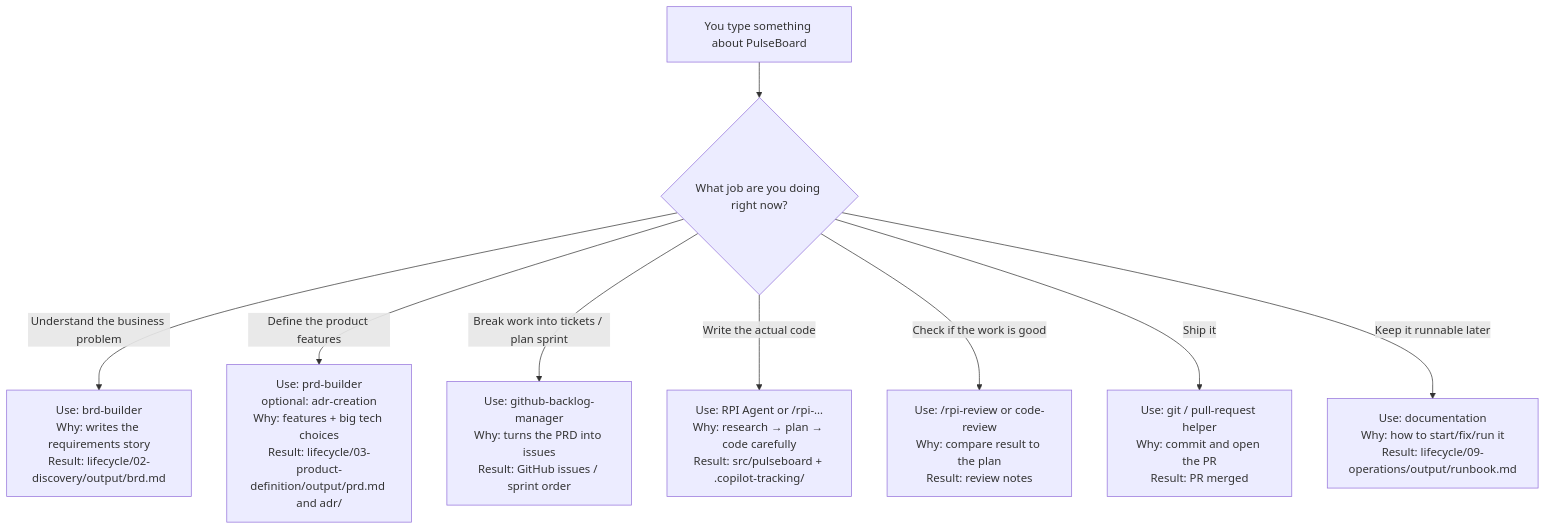
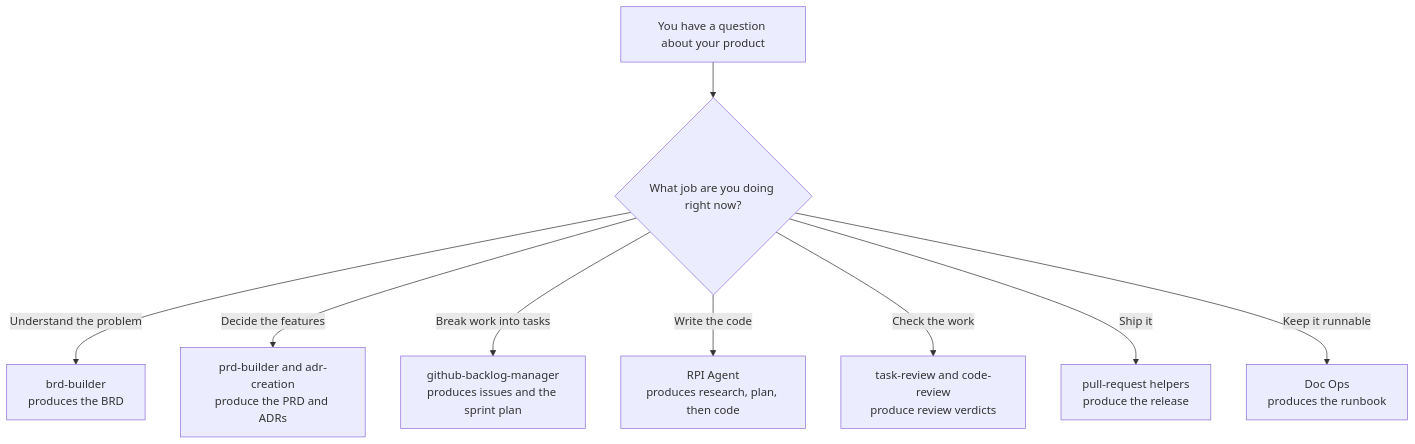
Before and after one commit to AbhranilGit/HVE-Core-Course: the diagram in docs/guides/README.md, drawn with Mermaid. The commit also changed other lines of this file and 160 other files, not shown here.

````diff
--- a/docs/guides/README.md
+++ b/docs/guides/README.md
@@ -198,18 +71,11 @@
 ```mermaid
 flowchart TB
-    Q["You type something about PulseBoard"] --> ST{"What job are you doing right now?"}
-
-    ST -->|Understand the business problem| F2["Use: brd-builder<br/>Why: writes the requirements story<br/>Result: lifecycle/02-discovery/output/brd.md"]
-
-    ST -->|Define the product features| F3["Use: prd-builder<br/>optional: adr-creation<br/>Why: features + big tech choices<br/>Result: lifecycle/03-product-definition/output/prd.md and adr/"]
-
-    ST -->|Break work into tickets / plan sprint| F45["Use: github-backlog-manager<br/>Why: turns the PRD into issues<br/>Result: GitHub issues / sprint order"]
-
-    ST -->|Write the actual code| F6["Use: RPI Agent or /rpi-…<br/>Why: research → plan → code carefully<br/>Result: src/pulseboard + .copilot-tracking/"]
-
-    ST -->|Check if the work is good| F7["Use: /rpi-review or code-review<br/>Why: compare result to the plan<br/>Result: review notes"]
-
-    ST -->|Ship it| F8["Use: git / pull-request helper<br/>Why: commit and open the PR<br/>Result: PR merged"]
-
-    ST -->|Keep it runnable later| F9["Use: documentation<br/>Why: how to start/fix/run it<br/>Result: lifecycle/09-operations/output/runbook.md"]
+    Q["You have a question about your product"] --> ST{"What job are you doing right now?"}
+    ST -->|Understand the problem| F2["brd-builder<br/>produces the BRD"]
+    ST -->|Decide the features| F3["prd-builder and adr-creation<br/>produce the PRD and ADRs"]
+    ST -->|Break work into tasks| F45["github-backlog-manager<br/>produces issues and the sprint plan"]
+    ST -->|Write the code| F6["RPI Agent<br/>produces research, plan, then code"]
+    ST -->|Check the work| F7["task-review and code-review<br/>produce review verdicts"]
+    ST -->|Ship it| F8["pull-request helpers<br/>produce the release"]
+    ST -->|Keep it runnable| F9["Doc Ops<br/>produces the runbook"]
 ```
````
